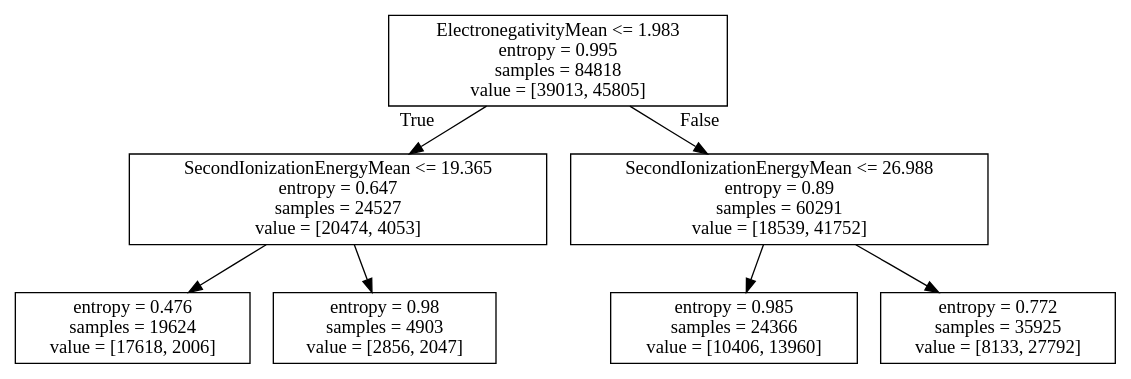
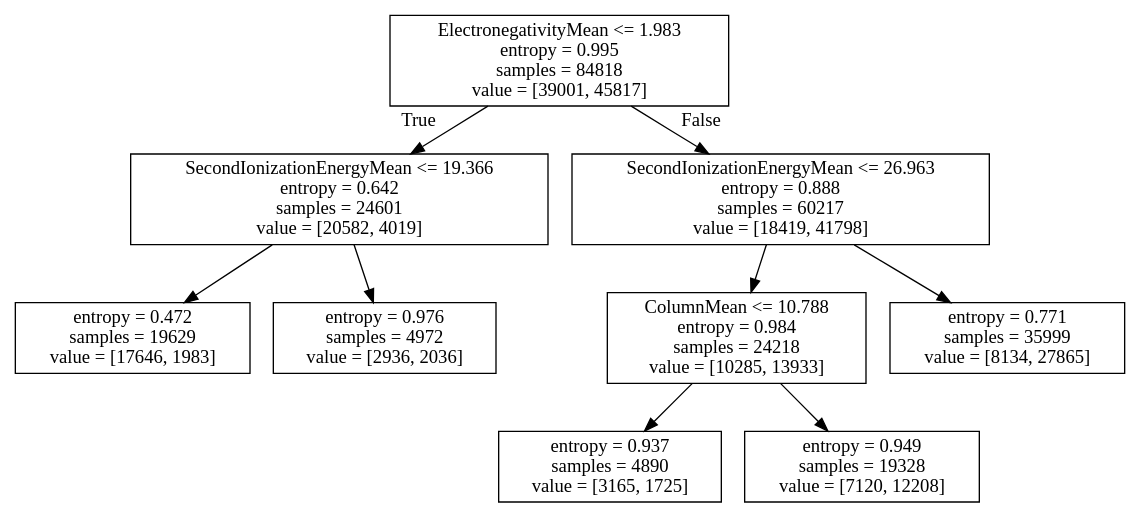
One commit to materialsvirtuallab/nano281 changed the diagram in lectures/metal_insulator_tree.dot. Above: the diagram before and after it, drawn with Graphviz. The commit also changed 1 other file, not shown here.

```diff
--- a/lectures/metal_insulator_tree.dot
+++ b/lectures/metal_insulator_tree.dot
@@ -1,16 +1,20 @@
 digraph Tree {
 node [shape=box] ;
-0 [label="ElectronegativityMean <= 1.983\nentropy = 0.995\nsamples = 84818\nvalue = [39013, 45805]"] ;
-1 [label="SecondIonizationEnergyMean <= 19.365\nentropy = 0.647\nsamples = 24527\nvalue = [20474, 4053]"] ;
+0 [label="ElectronegativityMean <= 1.983\nentropy = 0.995\nsamples = 84818\nvalue = [39001, 45817]"] ;
+1 [label="SecondIonizationEnergyMean <= 19.366\nentropy = 0.642\nsamples = 24601\nvalue = [20582, 4019]"] ;
 0 -> 1 [labeldistance=2.5, labelangle=45, headlabel="True"] ;
-2 [label="entropy = 0.476\nsamples = 19624\nvalue = [17618, 2006]"] ;
+2 [label="entropy = 0.472\nsamples = 19629\nvalue = [17646, 1983]"] ;
 1 -> 2 ;
-3 [label="entropy = 0.98\nsamples = 4903\nvalue = [2856, 2047]"] ;
+3 [label="entropy = 0.976\nsamples = 4972\nvalue = [2936, 2036]"] ;
 1 -> 3 ;
-4 [label="SecondIonizationEnergyMean <= 26.988\nentropy = 0.89\nsamples = 60291\nvalue = [18539, 41752]"] ;
+4 [label="SecondIonizationEnergyMean <= 26.963\nentropy = 0.888\nsamples = 60217\nvalue = [18419, 41798]"] ;
 0 -> 4 [labeldistance=2.5, labelangle=-45, headlabel="False"] ;
-5 [label="entropy = 0.985\nsamples = 24366\nvalue = [10406, 13960]"] ;
+5 [label="ColumnMean <= 10.788\nentropy = 0.984\nsamples = 24218\nvalue = [10285, 13933]"] ;
 4 -> 5 ;
-6 [label="entropy = 0.772\nsamples = 35925\nvalue = [8133, 27792]"] ;
-4 -> 6 ;
+6 [label="entropy = 0.937\nsamples = 4890\nvalue = [3165, 1725]"] ;
+5 -> 6 ;
+7 [label="entropy = 0.949\nsamples = 19328\nvalue = [7120, 12208]"] ;
+5 -> 7 ;
+8 [label="entropy = 0.771\nsamples = 35999\nvalue = [8134, 27865]"] ;
+4 -> 8 ;
 }
```
